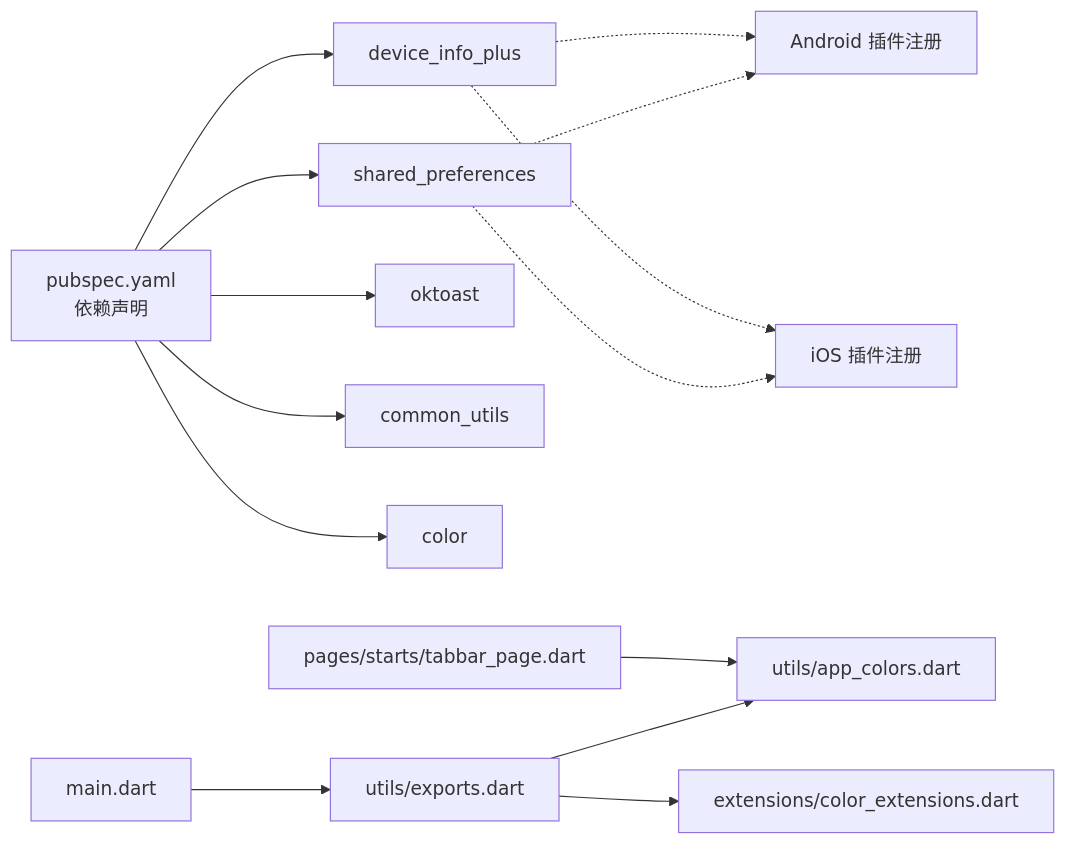
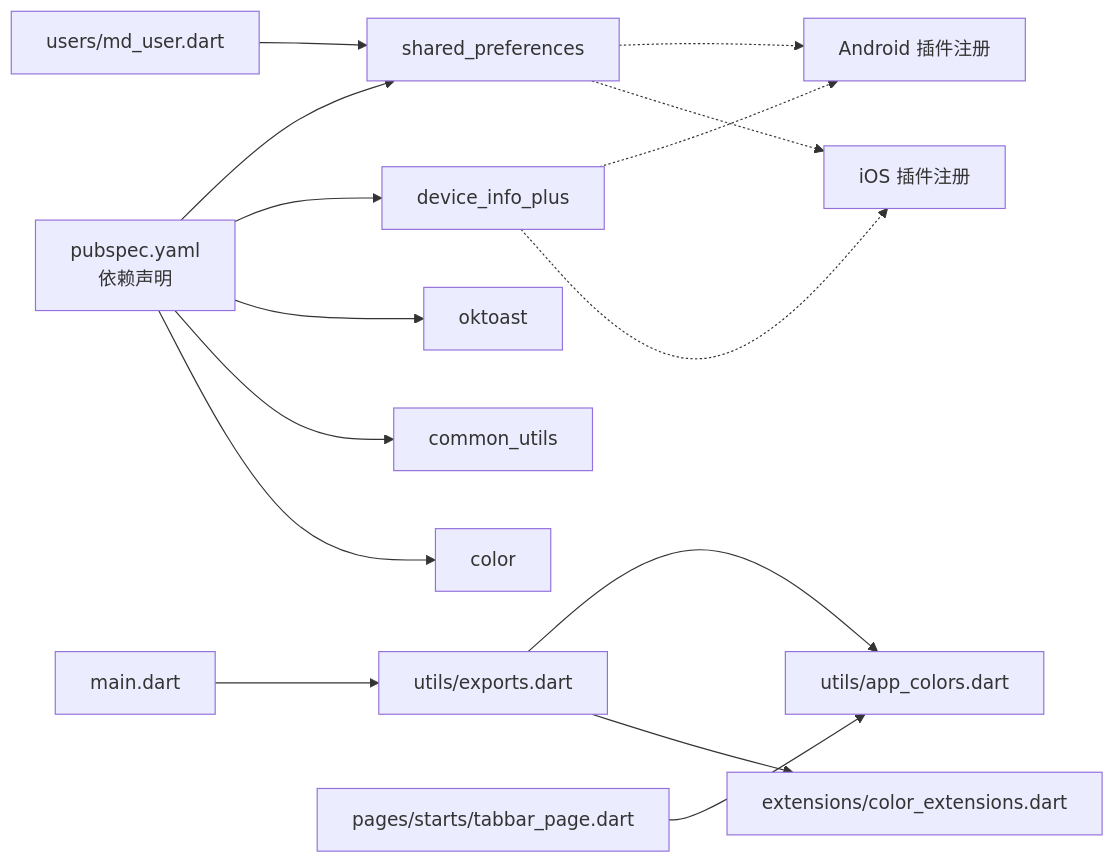
The third of 3 diagrams in .qoder/repowiki/zh/content/第三方集成/存储与工具库.md (sfandy126/zslx_flutter), drawn with Mermaid before and after one commit. The commit also changed other lines of this file and 43 other files, not shown here.

````diff
--- a/.qoder/repowiki/zh/content/第三方集成/存储与工具库.md
+++ b/.qoder/repowiki/zh/content/第三方集成/存储与工具库.md
@@ -212,16 +297,17 @@
 ```mermaid
 graph LR
 P["pubspec.yaml<br/>依赖声明"] --> SP["shared_preferences"]
 P --> DI["device_info_plus"]
 P --> OT["oktoast"]
 P --> CU["common_utils"]
 P --> CL["color"]
 M["main.dart"] --> U["utils/exports.dart"]
 U --> AC["utils/app_colors.dart"]
 U --> CE["extensions/color_extensions.dart"]
 T["pages/starts/tabbar_page.dart"] --> AC
+MU["users/md_user.dart"] --> SP
 SP -.-> A["Android 插件注册"]
 SP -.-> I["iOS 插件注册"]
 DI -.-> A
 DI -.-> I
 ```
````
